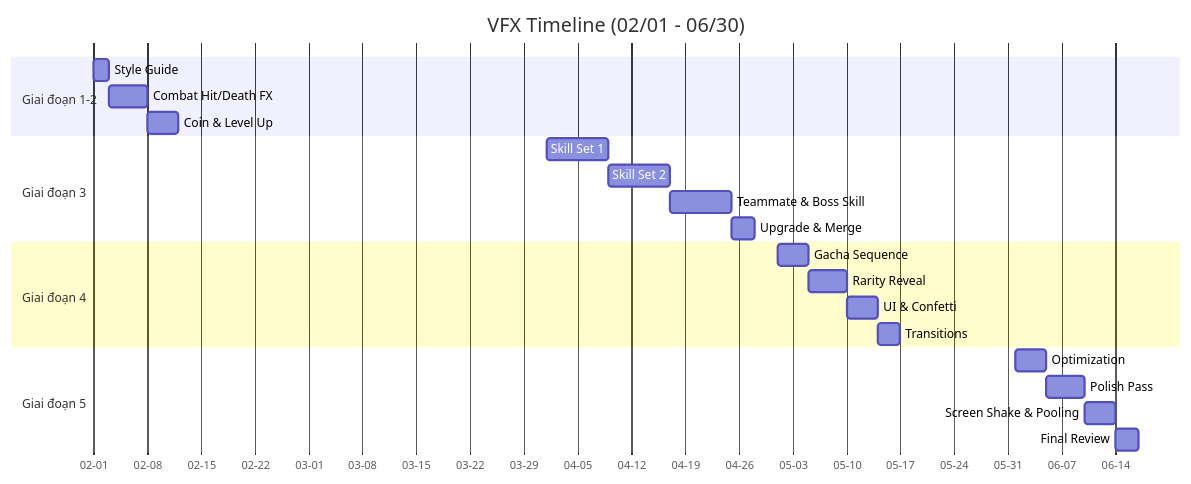
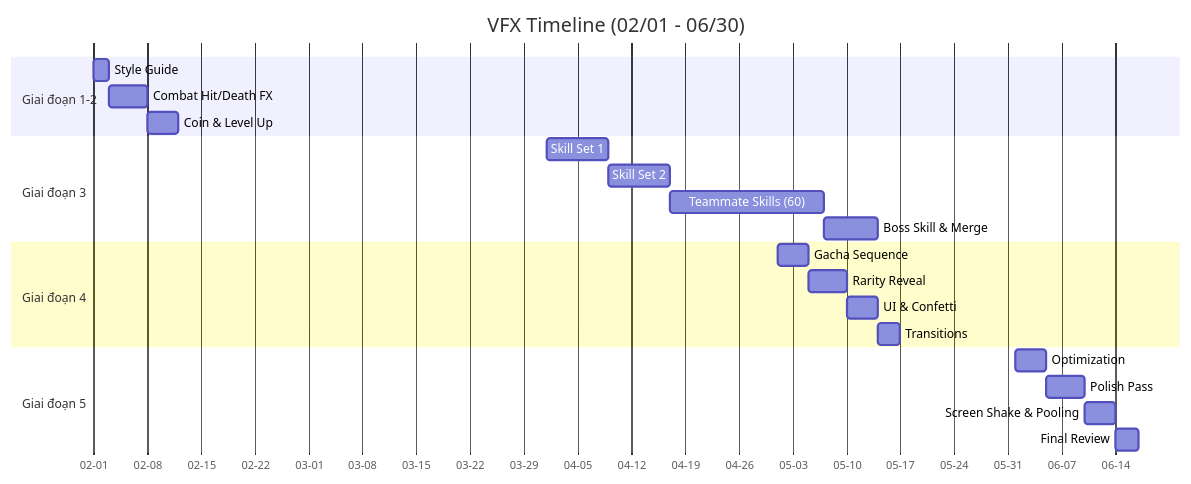
The diagram in docs/plan-timelines/vfx.md (luantran-working/idlegame-designdocs), drawn with Mermaid before and after one commit. The commit also changed other lines of this file and 10 other files, not shown here.

````diff
--- a/docs/plan-timelines/vfx.md
+++ b/docs/plan-timelines/vfx.md
@@ -58,29 +58,29 @@
 ```mermaid
 gantt
     title VFX Timeline (02/01 - 06/30)
     dateFormat YYYY-MM-DD
     axisFormat %m-%d
 
     section Giai đoạn 1-2
     Style Guide               :VFX1, 2026-02-01, 2d
     Combat Hit/Death FX       :VFX2, after VFX1, 5d
     Coin & Level Up           :VFX3, after VFX2, 4d
 
     section Giai đoạn 3
     Skill Set 1               :VFX4, 2026-04-01, 8d
     Skill Set 2               :VFX5, after VFX4, 8d
-    Teammate & Boss Skill     :VFX6, after VFX5, 8d
-    Upgrade & Merge           :VFX7, after VFX6, 3d
+    Teammate Skills (60)      :VFX6, after VFX5, 20d
+    Boss Skill & Merge        :VFX7, after VFX6, 7d
 
     section Giai đoạn 4
     Gacha Sequence            :VFX8, 2026-05-01, 4d
     Rarity Reveal             :VFX9, after VFX8, 5d
     UI & Confetti             :VFX10, after VFX9, 4d
     Transitions               :VFX11, after VFX10, 3d
 
     section Giai đoạn 5
     Optimization              :VFX12, 2026-06-01, 4d
     Polish Pass               :VFX13, after VFX12, 5d
     Screen Shake & Pooling    :VFX14, after VFX13, 4d
     Final Review              :VFX15, after VFX14, 3d
 ```
````
